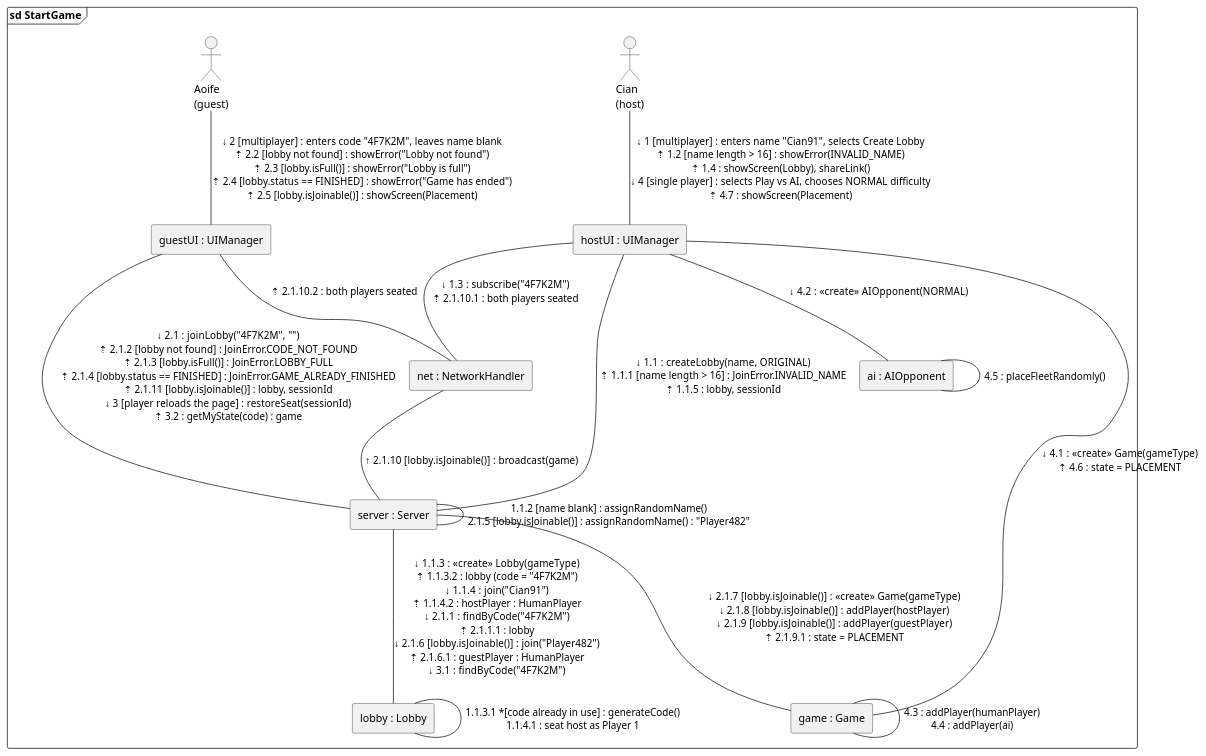
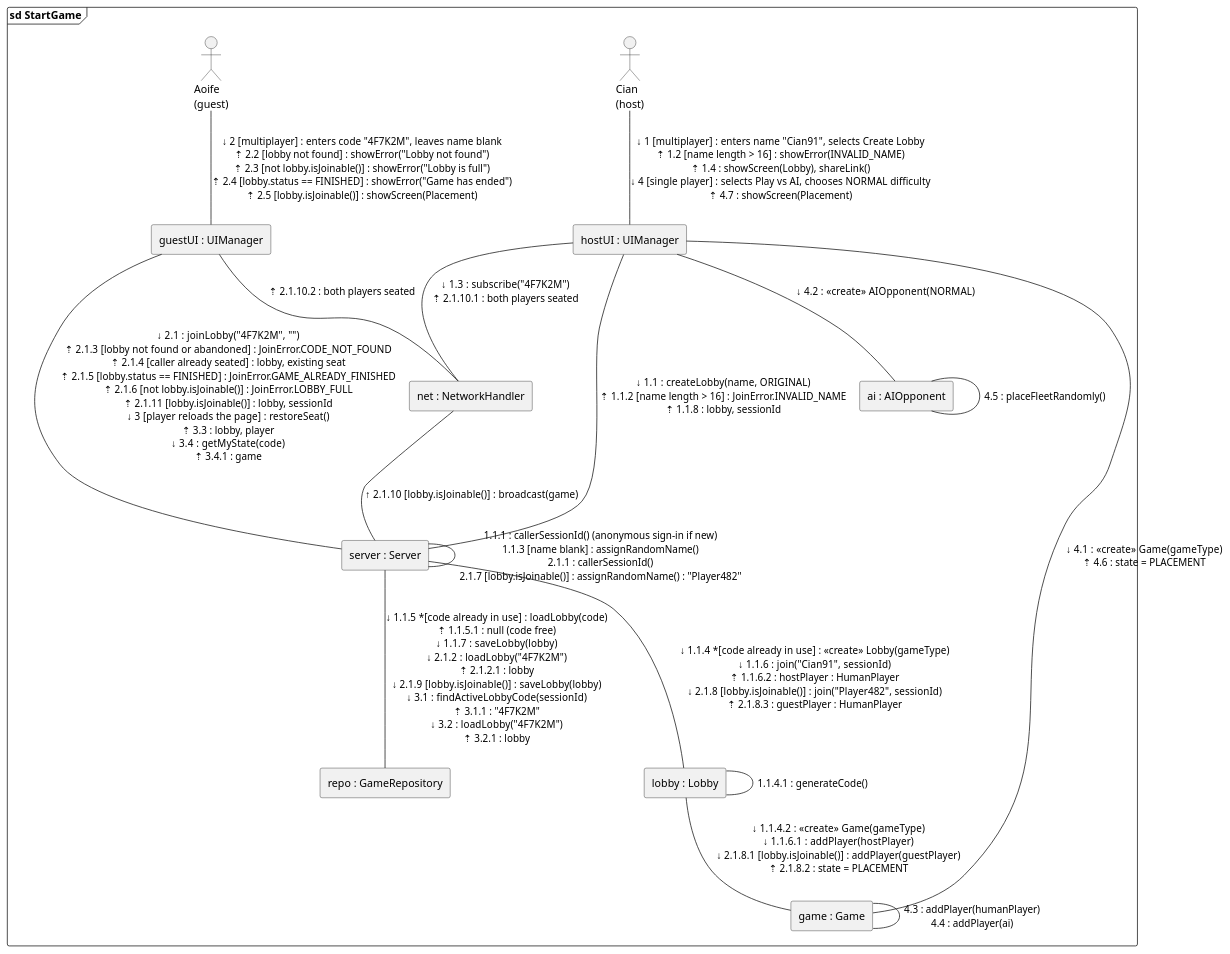
The diagram in docs/uml/communication/start-game.puml (queeeety/battleship-online), drawn with PlantUML before and after one commit. The commit also changed 5 other files, not shown here.

Commit message:
UML changes for Stage4

```diff
--- a/docs/uml/communication/start-game.puml
+++ b/docs/uml/communication/start-game.puml
@@ -1,28 +1,30 @@
 @startuml 6_1_StartGame_CommunicationDiagram
 frame "sd StartGame" {
   actor "Cian\n(host)" as Host
   rectangle "hostUI : UIManager" as HostUI
   rectangle "ai : AIOpponent" as AI
   rectangle "game : Game" as Game
   rectangle "server : Server" as Server
   rectangle "net : NetworkHandler" as Net
   rectangle "lobby : Lobby" as Lobby
+  rectangle "repo : GameRepository" as Repo
   rectangle "guestUI : UIManager" as GuestUI
   actor "Aoife\n(guest)" as Guest
   Host -down- HostUI : ↓ 1 [multiplayer] : enters name "Cian91", selects Create Lobby\n⇡ 1.2 [name length > 16] : showError(INVALID_NAME)\n⇡ 1.4 : showScreen(Lobby), shareLink()\n↓ 4 [single player] : selects Play vs AI, chooses NORMAL difficulty\n⇡ 4.7 : showScreen(Placement)
-  Guest -down- GuestUI : ↓ 2 [multiplayer] : enters code "4F7K2M", leaves name blank\n⇡ 2.2 [lobby not found] : showError("Lobby not found")\n⇡ 2.3 [lobby.isFull()] : showError("Lobby is full")\n⇡ 2.4 [lobby.status == FINISHED] : showError("Game has ended")\n⇡ 2.5 [lobby.isJoinable()] : showScreen(Placement)
+  Guest -down- GuestUI : ↓ 2 [multiplayer] : enters code "4F7K2M", leaves name blank\n⇡ 2.2 [lobby not found] : showError("Lobby not found")\n⇡ 2.3 [not lobby.isJoinable()] : showError("Lobby is full")\n⇡ 2.4 [lobby.status == FINISHED] : showError("Game has ended")\n⇡ 2.5 [lobby.isJoinable()] : showScreen(Placement)
   HostUI -down- Net : ↓ 1.3 : subscribe("4F7K2M")\n⇡ 2.1.10.1 : both players seated
   GuestUI -down- Net : ⇡ 2.1.10.2 : both players seated
   HostUI -down- AI : ↓ 4.2 : <<create>> AIOpponent(NORMAL)
-  HostUI -down- Server : ↓ 1.1 : createLobby(name, ORIGINAL)\n⇡ 1.1.1 [name length > 16] : JoinError.INVALID_NAME\n⇡ 1.1.5 : lobby, sessionId
-  GuestUI -down- Server : ↓ 2.1 : joinLobby("4F7K2M", "")\n⇡ 2.1.2 [lobby not found] : JoinError.CODE_NOT_FOUND\n⇡ 2.1.3 [lobby.isFull()] : JoinError.LOBBY_FULL\n⇡ 2.1.4 [lobby.status == FINISHED] : JoinError.GAME_ALREADY_FINISHED\n⇡ 2.1.11 [lobby.isJoinable()] : lobby, sessionId\n↓ 3 [player reloads the page] : restoreSeat(sessionId)\n⇡ 3.2 : getMyState(code) : game
+  HostUI -down- Server : ↓ 1.1 : createLobby(name, ORIGINAL)\n⇡ 1.1.2 [name length > 16] : JoinError.INVALID_NAME\n⇡ 1.1.8 : lobby, sessionId
+  GuestUI -down- Server : ↓ 2.1 : joinLobby("4F7K2M", "")\n⇡ 2.1.3 [lobby not found or abandoned] : JoinError.CODE_NOT_FOUND\n⇡ 2.1.4 [caller already seated] : lobby, existing seat\n⇡ 2.1.5 [lobby.status == FINISHED] : JoinError.GAME_ALREADY_FINISHED\n⇡ 2.1.6 [not lobby.isJoinable()] : JoinError.LOBBY_FULL\n⇡ 2.1.11 [lobby.isJoinable()] : lobby, sessionId\n↓ 3 [player reloads the page] : restoreSeat()\n⇡ 3.3 : lobby, player\n↓ 3.4 : getMyState(code)\n⇡ 3.4.1 : game
   HostUI -down- Game : ↓ 4.1 : <<create>> Game(gameType)\n⇡ 4.6 : state = PLACEMENT
   AI -- AI : 4.5 : placeFleetRandomly()
   Net -down- Server : ↑ 2.1.10 [lobby.isJoinable()] : broadcast(game)
-  Server -- Server : 1.1.2 [name blank] : assignRandomName()\n2.1.5 [lobby.isJoinable()] : assignRandomName() : &#34;Player482&#34;
-  Server -down- Lobby : ↓ 1.1.3 : <<create>> Lobby(gameType)\n⇡ 1.1.3.2 : lobby (code = "4F7K2M")\n↓ 1.1.4 : join("Cian91")\n⇡ 1.1.4.2 : hostPlayer : HumanPlayer\n↓ 2.1.1 : findByCode("4F7K2M")\n⇡ 2.1.1.1 : lobby\n↓ 2.1.6 [lobby.isJoinable()] : join("Player482")\n⇡ 2.1.6.1 : guestPlayer : HumanPlayer\n↓ 3.1 : findByCode("4F7K2M")
-  Server -down- Game : ↓ 2.1.7 [lobby.isJoinable()] : <<create>> Game(gameType)\n↓ 2.1.8 [lobby.isJoinable()] : addPlayer(hostPlayer)\n↓ 2.1.9 [lobby.isJoinable()] : addPlayer(guestPlayer)\n⇡ 2.1.9.1 : state = PLACEMENT
-  Lobby -- Lobby : 1.1.3.1 *[code already in use] : generateCode()\n1.1.4.1 : seat host as Player 1
+  Server -- Server : 1.1.1 : callerSessionId() (anonymous sign-in if new)\n1.1.3 [name blank] : assignRandomName()\n2.1.1 : callerSessionId()\n2.1.7 [lobby.isJoinable()] : assignRandomName() : &#34;Player482&#34;
+  Server -down- Lobby : ↓ 1.1.4 *[code already in use] : <<create>> Lobby(gameType)\n↓ 1.1.6 : join("Cian91", sessionId)\n⇡ 1.1.6.2 : hostPlayer : HumanPlayer\n↓ 2.1.8 [lobby.isJoinable()] : join("Player482", sessionId)\n⇡ 2.1.8.3 : guestPlayer : HumanPlayer
+  Server -down- Repo : ↓ 1.1.5 *[code already in use] : loadLobby(code)\n⇡ 1.1.5.1 : null (code free)\n↓ 1.1.7 : saveLobby(lobby)\n↓ 2.1.2 : loadLobby("4F7K2M")\n⇡ 2.1.2.1 : lobby\n↓ 2.1.9 [lobby.isJoinable()] : saveLobby(lobby)\n↓ 3.1 : findActiveLobbyCode(sessionId)\n⇡ 3.1.1 : "4F7K2M"\n↓ 3.2 : loadLobby("4F7K2M")\n⇡ 3.2.1 : lobby
+  Lobby -down- Game : ↓ 1.1.4.2 : <<create>> Game(gameType)\n↓ 1.1.6.1 : addPlayer(hostPlayer)\n↓ 2.1.8.1 [lobby.isJoinable()] : addPlayer(guestPlayer)\n⇡ 2.1.8.2 : state = PLACEMENT
+  Lobby -- Lobby : 1.1.4.1 : generateCode()
   Game -- Game : 4.3 : addPlayer(humanPlayer)\n4.4 : addPlayer(ai)
 }
 @enduml
```
